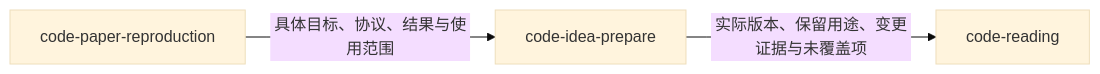
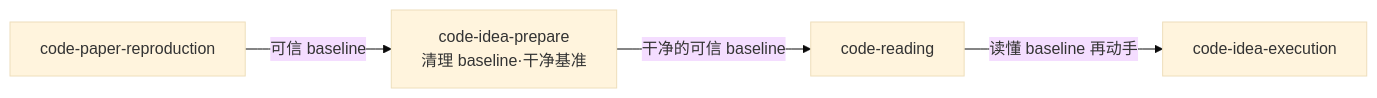
One commit to jackwang0108/dl-assistant changed the first of 3 diagrams in plugins/dl-assistant/skills/code-idea-prepare/SKILL.md. Above: the diagram before and after it, drawn with Mermaid (base theme). The commit also changed other lines of this file and 256 other files, not shown here.

````diff
--- a/plugins/dl-assistant/skills/code-idea-prepare/SKILL.md
+++ b/plugins/dl-assistant/skills/code-idea-prepare/SKILL.md
@@ -22,5 +42,7 @@
 ```mermaid
 flowchart LR
-    CPR[code-paper-reproduction] -->|具体目标、协议、结果与使用范围| CIP[code-idea-prepare]
-    CIP -->|实际版本、保留用途、变更证据与未覆盖项| CR[code-reading]
+    CPR[code-paper-reproduction] --> |可信 baseline| CIP
+    CIP["code-idea-prepare<br/>清理 baseline·干净基准"]
+    CIP -->|干净的可信 baseline| CR[code-reading]
+    CR -->|读懂 baseline 再动手| EX[code-idea-execution]
 ```
````
